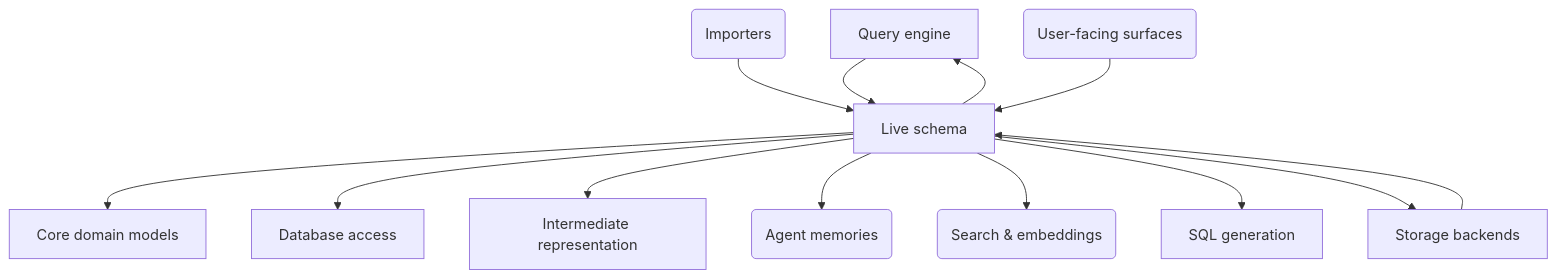
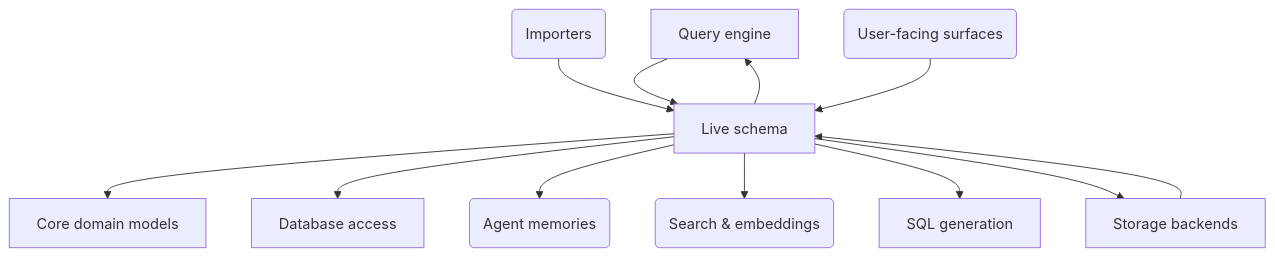
Before and after one commit to MotleyAI/slayer: the diagram in architecture/python.live_schema.arc42.md, drawn with Mermaid. The commit also changed 4 other files, not shown here.

Commit message:
Architecture: live_schema no longer imports ir; decision 18 names the sibling host's fields; tick tasks 6.1-6.5

````diff
--- a/architecture/python.live_schema.arc42.md
+++ b/architecture/python.live_schema.arc42.md
@@ -17,27 +17,25 @@
 ```mermaid
 flowchart TD
   %% live_schema_focus: Live schema in context
   core["Core domain models"]
   sql["SQL generation"]
   engine["Query engine"]
   database["Database access"]
   live_schema["Live schema"]
-  ir["Intermediate representation"]
   storage["Storage backends"]
   importers("Importers")
   search("Search & embeddings")
   memories("Agent memories")
   surfaces("User-facing surfaces")
   engine --> live_schema
   importers --> live_schema
   live_schema --> core
   live_schema --> database
   live_schema --> engine
-  live_schema --> ir
   live_schema --> memories
   live_schema --> search
   live_schema --> sql
   live_schema --> storage
   storage --> live_schema
   surfaces --> live_schema
 ```
````
